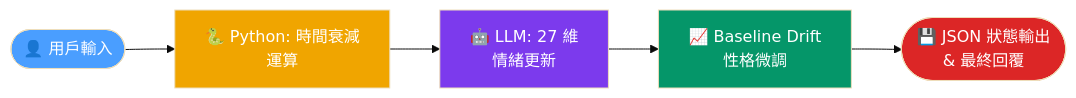
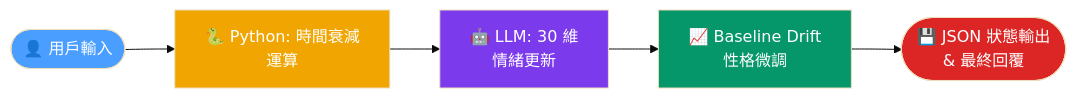
Before and after one commit to chuchuyei/SentiCore: the diagram in README_zh.md, drawn with Mermaid (base theme). The commit also changed other lines of this file and 1 other file, not shown here.

````diff
--- a/README_zh.md
+++ b/README_zh.md
@@ -68,13 +68,13 @@
 ```mermaid
 graph LR
     A([👤 用戶輸入]) --> B[🐍 Python: 時間衰減\n運算]
-    B --> C[🤖 LLM: 27 維\n情緒更新]
+    B --> C[🤖 LLM: 30 維\n情緒更新]
     C --> D[📈 Baseline Drift\n性格微調]
     D --> E([💾 JSON 狀態輸出\n& 最終回覆])
 
     style A fill:#4a9eff,color:#fff
     style B fill:#f0a500,color:#fff
     style C fill:#7c3aed,color:#fff
     style D fill:#059669,color:#fff
     style E fill:#dc2626,color:#fff
 ```
````
